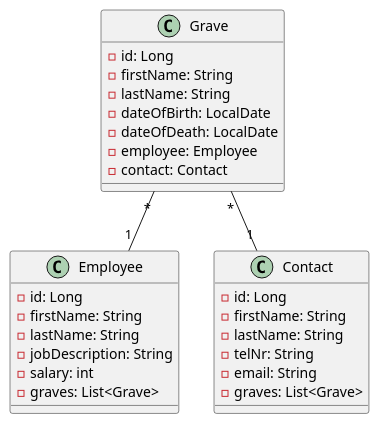
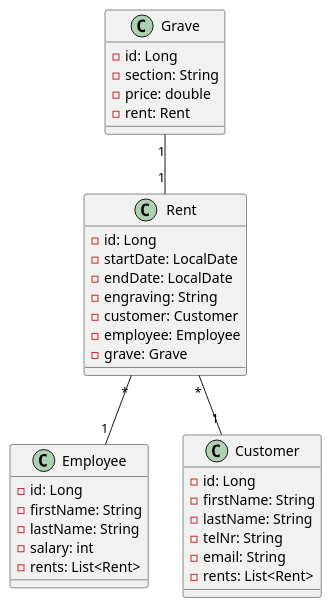
The diagram in asciidocs/plantuml/cld.puml (2122-5ahitm-sew/01-microproject-merisbsc), drawn with PlantUML before and after one commit.

Commit message:
updated cld

```diff
--- a/asciidocs/plantuml/cld.puml
+++ b/asciidocs/plantuml/cld.puml
@@ -1,32 +1,40 @@
 @startuml
 class Grave {
 - id: Long
-- firstName: String
-- lastName: String
-- dateOfBirth: LocalDate
-- dateOfDeath: LocalDate
-- employee: Employee
-- contact: Contact
+- section: String
+- price: double
+- rent: Rent
 }
 
 class Employee {
 - id: Long
 - firstName: String
 - lastName: String
-- jobDescription: String
 - salary: int
-- graves: List<Grave>
+- rents: List<Rent>
 }
 
-class Contact {
+class Customer {
 - id: Long
 - firstName: String
 - lastName: String
 - telNr: String
 - email: String
-- graves: List<Grave>
+- rents: List<Rent>
 }
 
-Grave "*" -- "1" Employee
-Grave "*" -- "1" Contact
+class Rent {
+- id: Long
+- startDate: LocalDate
+- endDate: LocalDate
+- engraving: String
+- customer: Customer
+- employee: Employee
+- grave: Grave
+}
+
+Grave "1" -- "1" Rent
+Rent "*" -- "1" Employee
+Rent "*" -- "1" Customer
+
 @enduml
```
